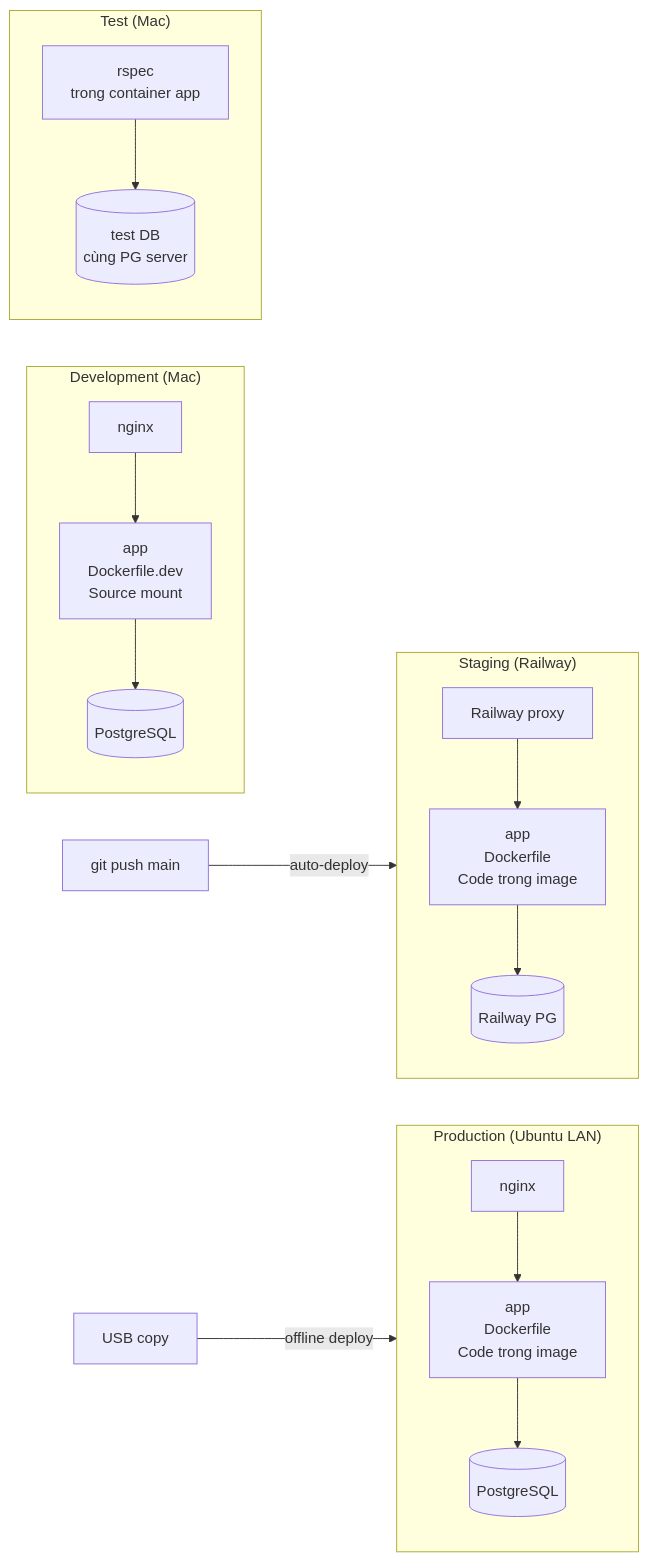
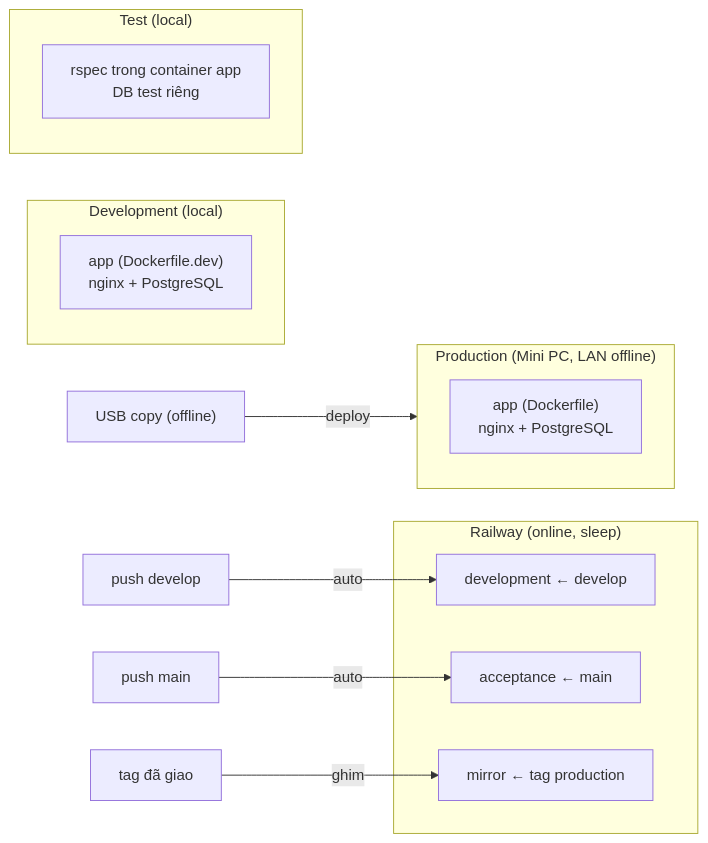
Before and after one commit to manhcuongdtbk/electric-water-management: the fifth of 6 diagrams in docs/KIEN_THUC_DOCKER.md, drawn with Mermaid. The commit also changed other lines of this file, not shown here.

````diff
--- a/docs/KIEN_THUC_DOCKER.md
+++ b/docs/KIEN_THUC_DOCKER.md
@@ -478,28 +493,21 @@
 ```mermaid
 graph LR
-    subgraph Dev["Development (Mac)"]
-        D_PG[(PostgreSQL)]
-        D_App["app<br/>Dockerfile.dev<br/>Source mount"]
-        D_Nginx["nginx"]
-        D_Nginx --> D_App --> D_PG
+    subgraph Dev["Development (local)"]
+        D_App["app (Dockerfile.dev)<br/>nginx + PostgreSQL"]
     end
-    subgraph Test["Test (Mac)"]
-        T_DB[(test DB<br/>cùng PG server)]
-        T_App["rspec<br/>trong container app"]
-        T_App --> T_DB
+    subgraph Test["Test (local)"]
+        T_App["rspec trong container app<br/>DB test riêng"]
     end
-    subgraph Staging["Staging (Railway)"]
-        S_PG[(Railway PG)]
-        S_App["app<br/>Dockerfile<br/>Code trong image"]
-        S_Proxy["Railway proxy"]
-        S_Proxy --> S_App --> S_PG
+    subgraph RW["Railway (online, sleep)"]
+        RW_Dev["development ← develop"]
+        RW_Acc["acceptance ← main"]
+        RW_Mir["mirror ← tag production"]
     end
-    subgraph Prod["Production (Ubuntu LAN)"]
-        P_PG[(PostgreSQL)]
-        P_App["app<br/>Dockerfile<br/>Code trong image"]
-        P_Nginx["nginx"]
-        P_Nginx --> P_App --> P_PG
+    subgraph Prod["Production (Mini PC, LAN offline)"]
+        P_App["app (Dockerfile)<br/>nginx + PostgreSQL"]
     end
-    Git["git push main"] -->|auto-deploy| Staging
-    USB["USB copy"] -->|offline deploy| Prod
+    GitDev["push develop"] -->|auto| RW_Dev
+    GitMain["push main"] -->|auto| RW_Acc
+    TagP["tag đã giao"] -->|ghim| RW_Mir
+    USB["USB copy (offline)"] -->|deploy| Prod
 ```
````
